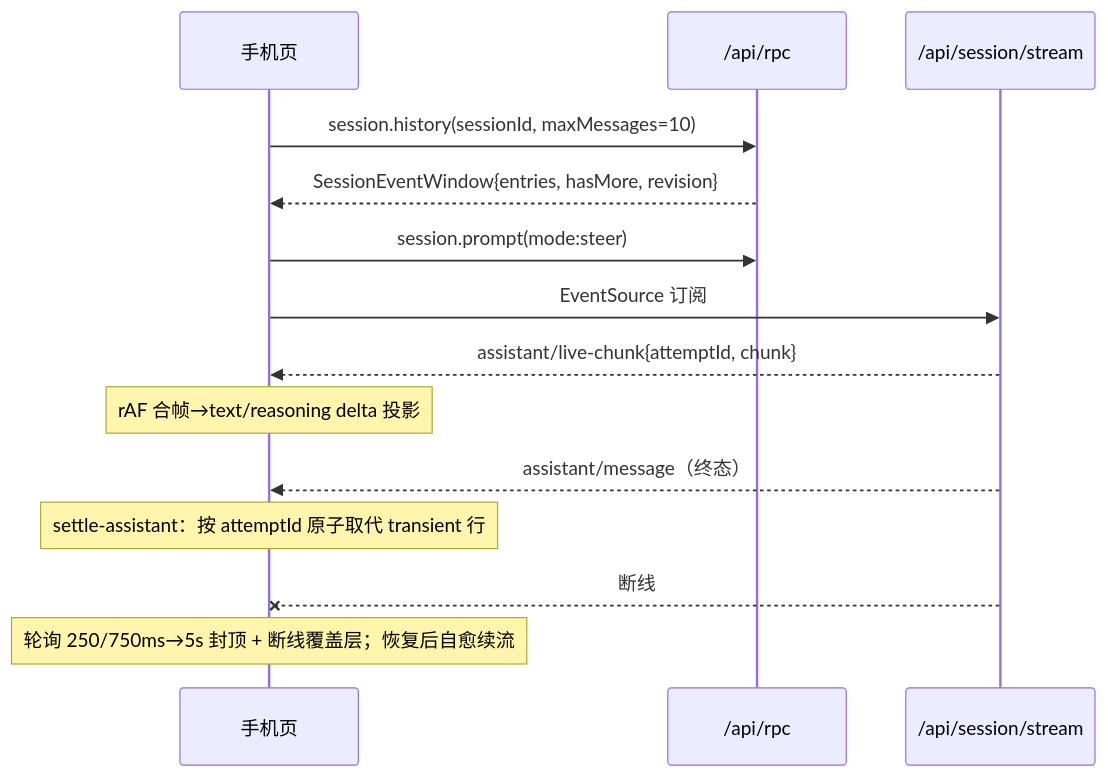
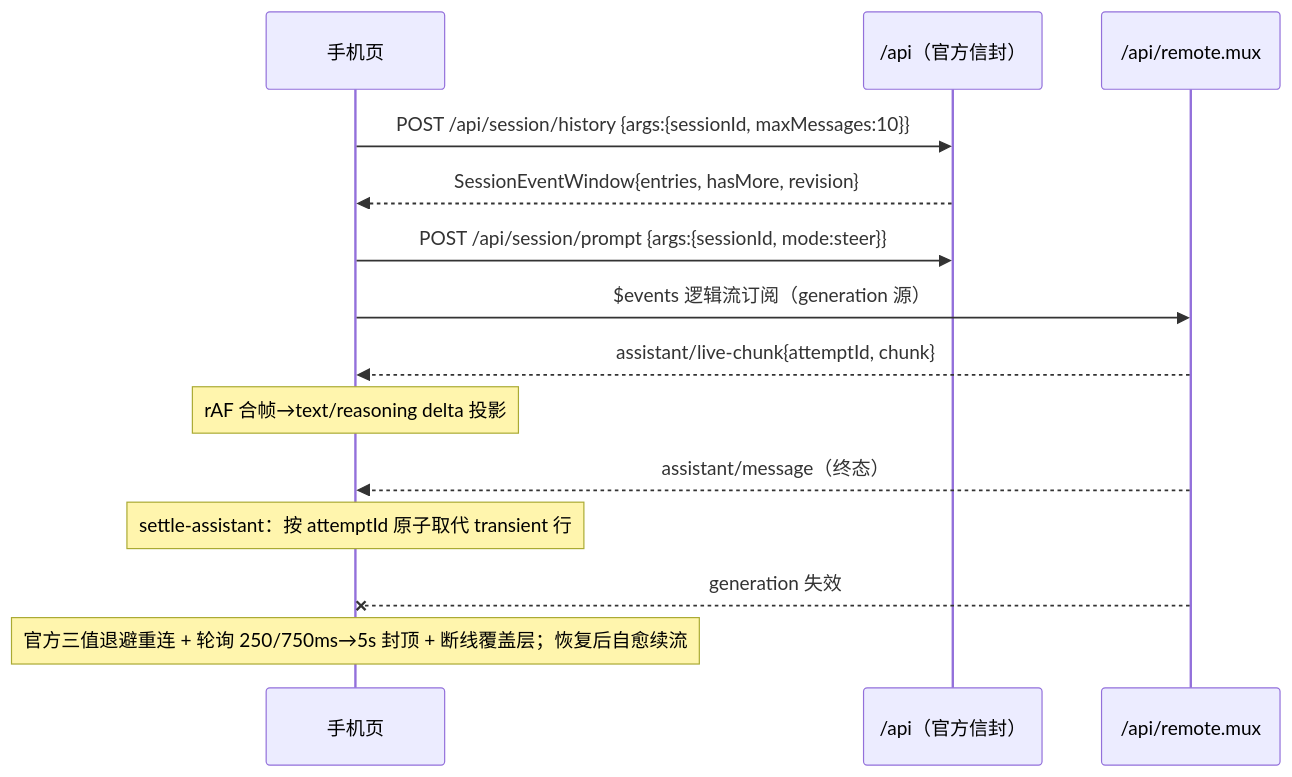
Before and after one commit to bigfaner/dsh-forge: the ninth of 10 diagrams in .forge/docs/features/mobile-ui/design/tech-design.md, drawn with Mermaid. The commit also changed other lines of this file and 6 other files, not shown here.

````diff
--- a/.forge/docs/features/mobile-ui/design/tech-design.md
+++ b/.forge/docs/features/mobile-ui/design/tech-design.md
@@ -276,16 +277,16 @@
 ```mermaid
 sequenceDiagram
     participant P as 手机页
-    participant API as /api/rpc
-    participant SSE as /api/session/stream
-    P->>API: session.history(sessionId, maxMessages=10)
+    participant API as /api（官方信封）
+    participant MUX as /api/remote.mux
+    P->>API: POST /api/session/history {args:{sessionId, maxMessages:10}}
     API-->>P: SessionEventWindow{entries, hasMore, revision}
-    P->>API: session.prompt(mode:steer)
-    P->>SSE: EventSource 订阅
-    SSE-->>P: assistant/live-chunk{attemptId, chunk}
+    P->>API: POST /api/session/prompt {args:{sessionId, mode:steer}}
+    P->>MUX: $events 逻辑流订阅（generation 源）
+    MUX-->>P: assistant/live-chunk{attemptId, chunk}
     Note over P: rAF 合帧→text/reasoning delta 投影
-    SSE-->>P: assistant/message（终态）
+    MUX-->>P: assistant/message（终态）
     Note over P: settle-assistant：按 attemptId 原子取代 transient 行
-    SSE--xP: 断线
-    Note over P: 轮询 250/750ms→5s 封顶 + 断线覆盖层；恢复后自愈续流
+    MUX--xP: generation 失效
+    Note over P: 官方三值退避重连 + 轮询 250/750ms→5s 封顶 + 断线覆盖层；恢复后自愈续流
 ```
````
